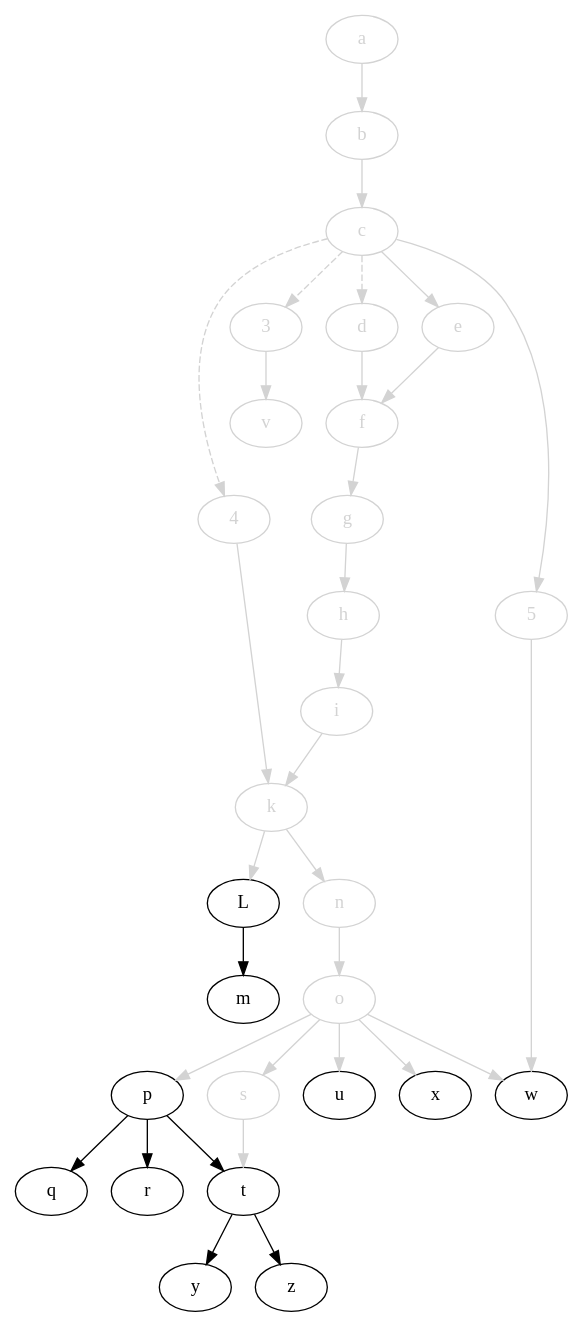
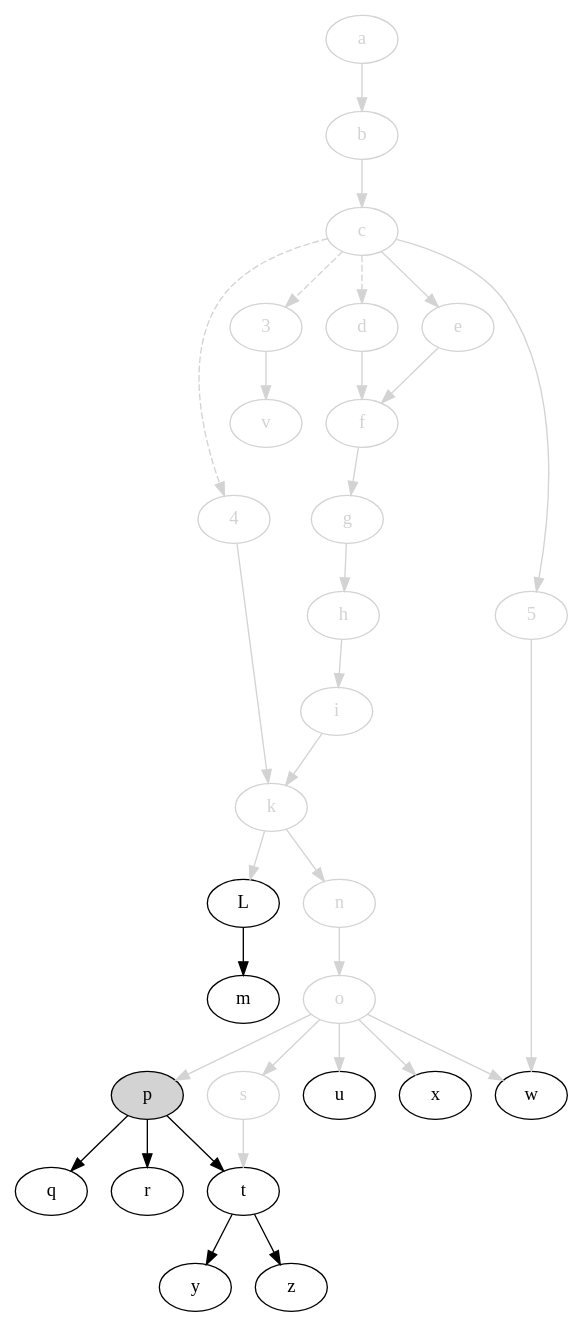
One commit to jdmpapin/svm-startup-deps changed the diagram in svm-startup-deps.dot. Above: the diagram before and after it, drawn with Graphviz. The commit also changed 1 other file, not shown here.

```diff
--- a/svm-startup-deps.dot
+++ b/svm-startup-deps.dot
@@ -1,65 +1,65 @@
 digraph {
     // open: [style=filled,fillcolor=lightgrey]
     // closed: [color=lightgrey,fontcolor=lightgrey]
 
     4 [color=lightgrey,fontcolor=lightgrey];
     3 [color=lightgrey,fontcolor=lightgrey];
     a [color=lightgrey,fontcolor=lightgrey];
     b [color=lightgrey,fontcolor=lightgrey];
     c [color=lightgrey,fontcolor=lightgrey];
     d [color=lightgrey,fontcolor=lightgrey];
     e [color=lightgrey,fontcolor=lightgrey];
     f [color=lightgrey,fontcolor=lightgrey];
     g [color=lightgrey,fontcolor=lightgrey];
     h [color=lightgrey,fontcolor=lightgrey];
     i [color=lightgrey,fontcolor=lightgrey];
     k [color=lightgrey,fontcolor=lightgrey];
     L;
     m;
     5 [color=lightgrey,fontcolor=lightgrey];
     n [color=lightgrey,fontcolor=lightgrey];
     o [color=lightgrey,fontcolor=lightgrey];
-    p;
+    p [style=filled,fillcolor=lightgrey];
     q;
     r;
     s [color=lightgrey,fontcolor=lightgrey];
     t;
     u;
     v [color=lightgrey,fontcolor=lightgrey];
     w;
     x;
     y;
     z;
 
     4 -> k [color=lightgrey];
     c -> 4 [style=dashed,color=lightgrey];
     c -> 3 [style=dashed,color=lightgrey];
     c -> d [style=dashed,color=lightgrey];
     3 -> v [color=lightgrey];
     a -> b [color=lightgrey];
     b -> c [color=lightgrey];
     c -> e [color=lightgrey];
     c -> 5 [color=lightgrey];
     d -> f [color=lightgrey];
     e -> f [color=lightgrey];
     f -> g [color=lightgrey];
     g -> h [color=lightgrey];
     h -> i [color=lightgrey];
     i -> k [color=lightgrey];
     k -> L [color=lightgrey];
     L -> m;
     k -> n [color=lightgrey];
     n -> o [color=lightgrey];
     o -> p [color=lightgrey];
     p -> q;
     p -> r;
     o -> s [color=lightgrey];
     s -> t [color=lightgrey];
     p -> t;
     o -> u [color=lightgrey];
     5 -> w [color=lightgrey];
     o -> w [color=lightgrey];
     o -> x [color=lightgrey];
     t -> y;
     t -> z;
 }
```
